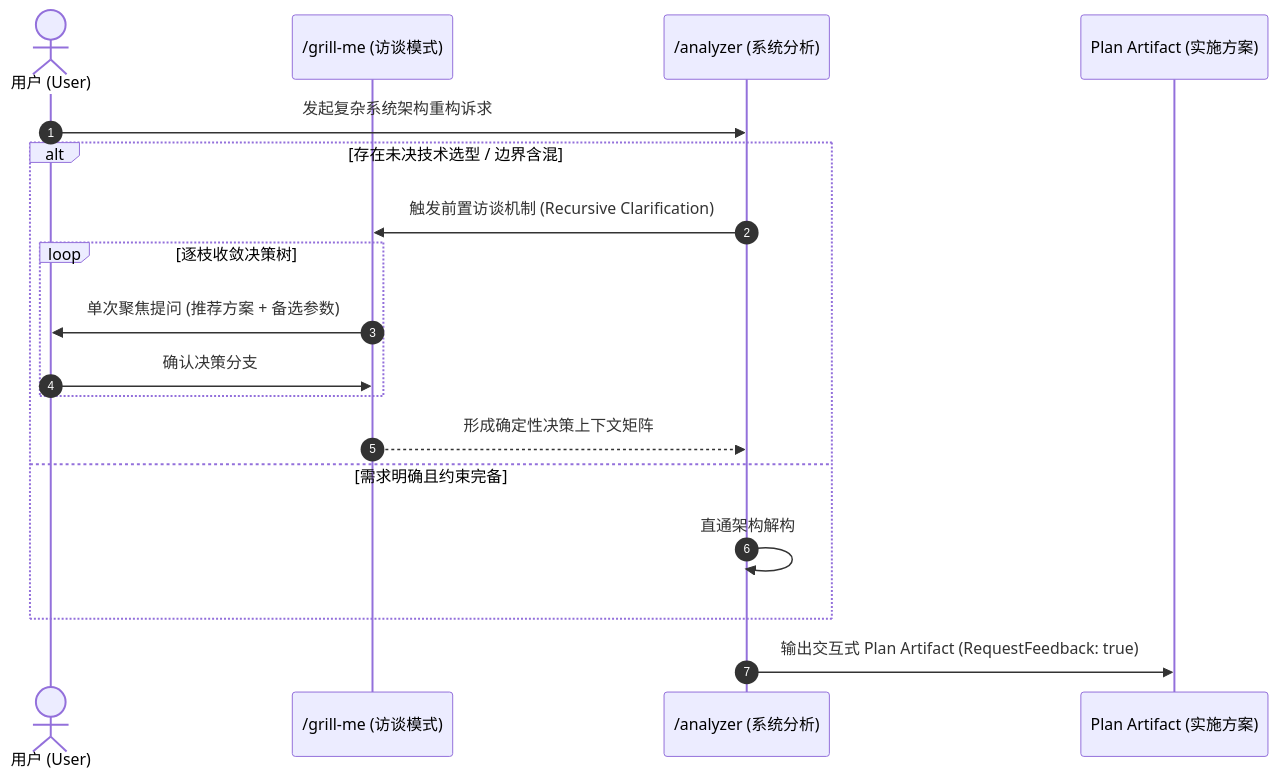
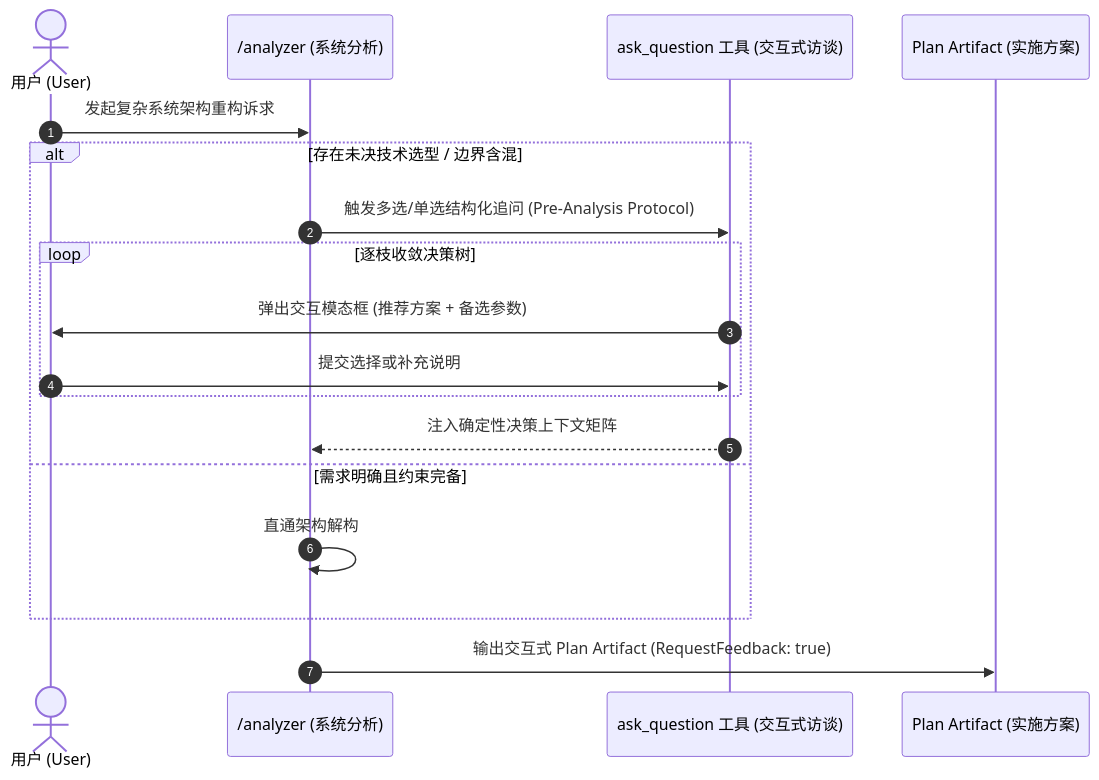
The second of 5 diagrams in config/docs/20260928_global_skills_asset_convergence_and_command_integration_architecture.md (TREYWANGCQU/.gemini), drawn with Mermaid before and after one commit. The commit also changed other lines of this file and 53 other files, not shown here.

Commit message:
feat: add global skill configurations and integration architecture document

````diff
--- a/config/docs/20260928_global_skills_asset_convergence_and_command_integration_architecture.md
+++ b/config/docs/20260928_global_skills_asset_convergence_and_command_integration_architecture.md
@@ -83,21 +94,21 @@
 ```mermaid
 sequenceDiagram
     autonumber
     actor User as 用户 (User)
-    participant Grill as /grill-me (访谈模式)
     participant Analyzer as /analyzer (系统分析)
+    participant Tool as ask_question 工具 (交互式访谈)
     participant Plan as Plan Artifact (实施方案)
 
     User->>Analyzer: 发起复杂系统架构重构诉求
     alt 存在未决技术选型 / 边界含混
-        Analyzer->>Grill: 触发前置访谈机制 (Recursive Clarification)
+        Analyzer->>Tool: 触发多选/单选结构化追问 (Pre-Analysis Protocol)
         loop 逐枝收敛决策树
-            Grill->>User: 单次聚焦提问 (推荐方案 + 备选参数)
-            User->>Grill: 确认决策分支
+            Tool->>User: 弹出交互模态框 (推荐方案 + 备选参数)
+            User->>Tool: 提交选择或补充说明
         end
-        Grill-->>Analyzer: 形成确定性决策上下文矩阵
+        Tool-->>Analyzer: 注入确定性决策上下文矩阵
     else 需求明确且约束完备
         Analyzer->>Analyzer: 直通架构解构
     end
     Analyzer->>Plan: 输出交互式 Plan Artifact (RequestFeedback: true)
 ```
````
